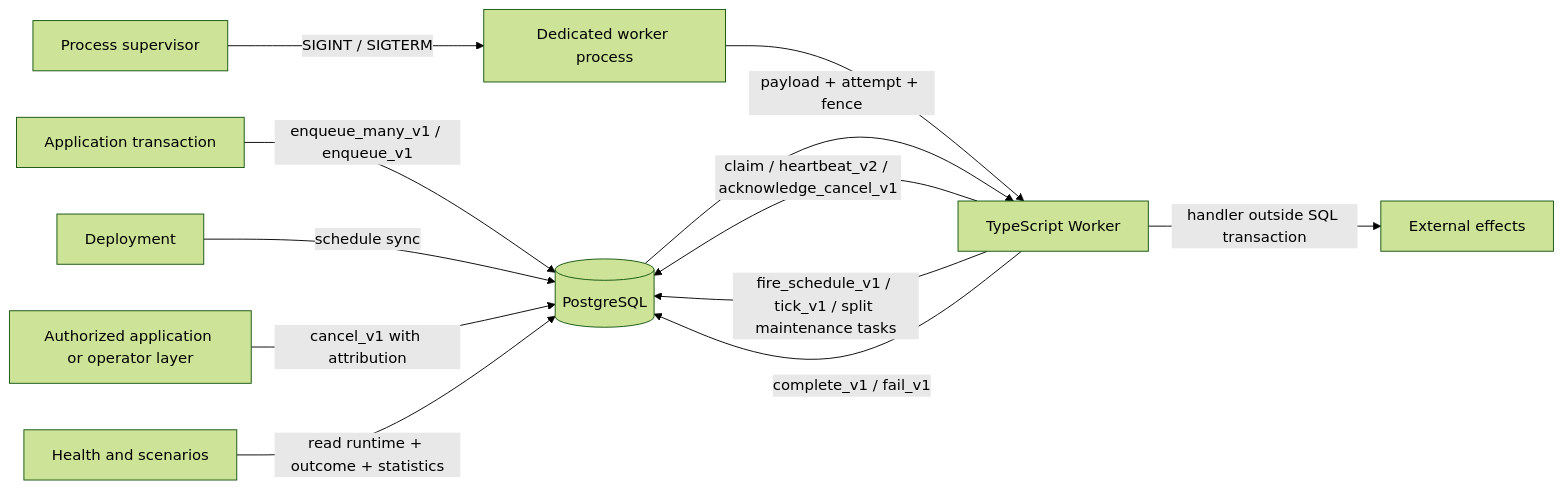
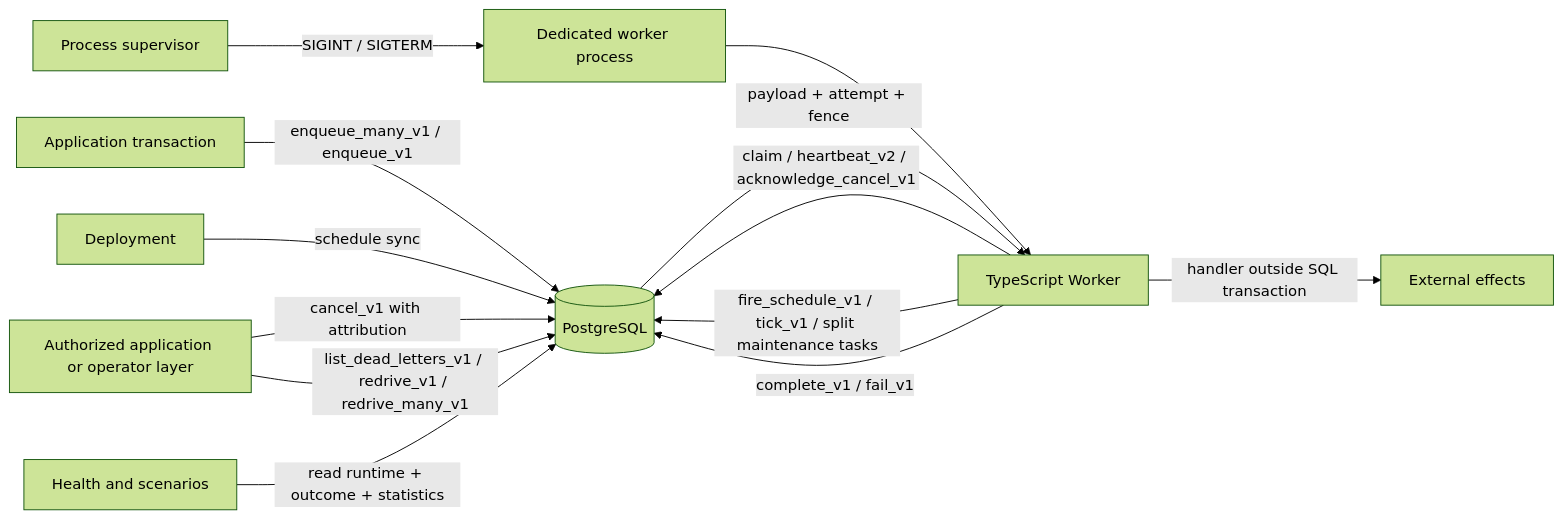
One commit to stablemates/workhorse changed the first of 3 diagrams in docs/architecture.md. Above: the diagram before and after it, drawn with Mermaid (forest theme). The commit also changed other lines of this file and 19 other files, not shown here.

Commit message:
feat: add dead-letter views and redrive

````diff
--- a/docs/architecture.md
+++ b/docs/architecture.md
@@ -20,14 +21,15 @@
 ```mermaid
 flowchart LR
   App[Application transaction] -->|enqueue_many_v1 / enqueue_v1| PG[(PostgreSQL)]
   Deploy[Deployment] -->|schedule sync| PG
   Supervisor[Process supervisor] -->|SIGINT / SIGTERM| WorkerProcess[Dedicated worker process]
   WorkerProcess --> Worker[TypeScript Worker]
   Worker[TypeScript Worker] -->|claim / heartbeat_v2 / acknowledge_cancel_v1| PG
   Operator[Authorized application or operator layer] -->|cancel_v1 with attribution| PG
+  Operator -->|list_dead_letters_v1 / redrive_v1 / redrive_many_v1| PG
   Worker -->|fire_schedule_v1 / tick_v1 / split maintenance tasks| PG
   PG -->|payload + attempt + fence| Worker
   Worker -->|handler outside SQL transaction| Effects[External effects]
   Worker -->|complete_v1 / fail_v1| PG
   Health[Health and scenarios] -->|read runtime + outcome + statistics| PG
 ```
````
